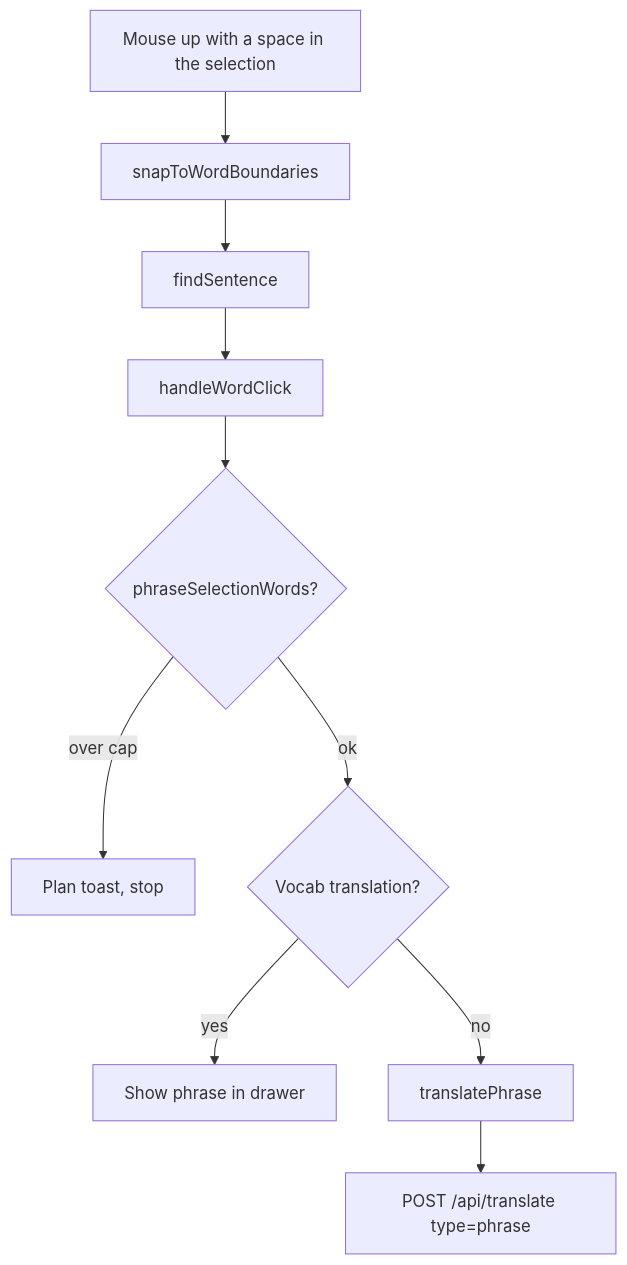
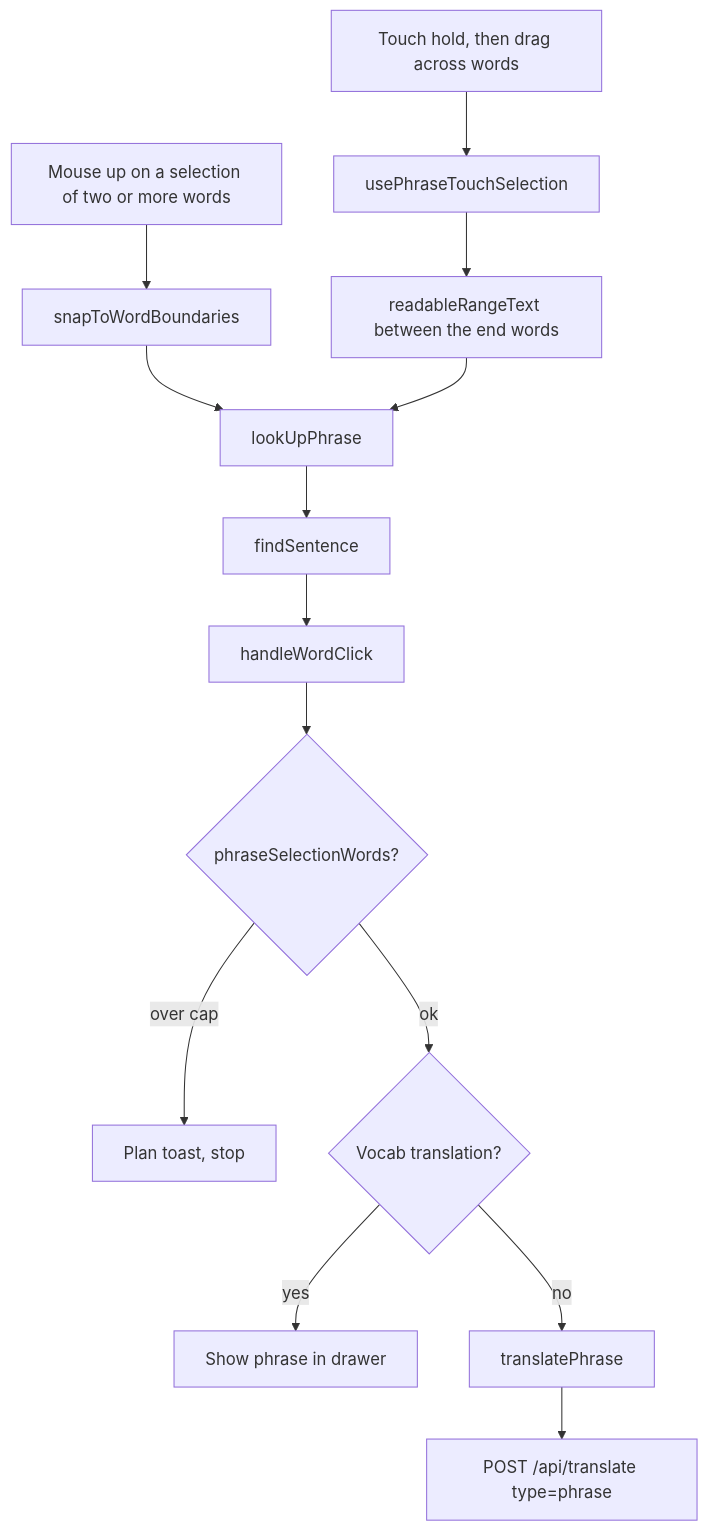
The third of 4 diagrams in docs/flows/translation.md (heuwels/lector), drawn with Mermaid before and after one commit. The commit also changed other lines of this file and 8 other files, not shown here.

First line of the commit message:
Select a phrase on touch with a hold and drag (#600)

````diff
--- a/docs/flows/translation.md
+++ b/docs/flows/translation.md
@@ -150,12 +154,16 @@
 ```mermaid
 flowchart TD
-  drag[Mouse up with a space in the selection] --> snap[snapToWordBoundaries]
-  snap --> sentence[findSentence]
+  drag[Mouse up on a selection of two or more words] --> snap[snapToWordBoundaries]
+  hold[Touch hold, then drag across words] --> spans[usePhraseTouchSelection]
+  spans --> range[readableRangeText between the end words]
+  snap --> look[lookUpPhrase]
+  range --> look
+  look --> sentence[findSentence]
   sentence --> handle[handleWordClick]
   handle --> cap{phraseSelectionWords?}
   cap -->|over cap| toast[Plan toast, stop]
   cap -->|ok| vocab{Vocab translation?}
   vocab -->|yes| drawer[Show phrase in drawer]
   vocab -->|no| phrase[translatePhrase]
   phrase --> post["POST /api/translate type=phrase"]
 ```
````
